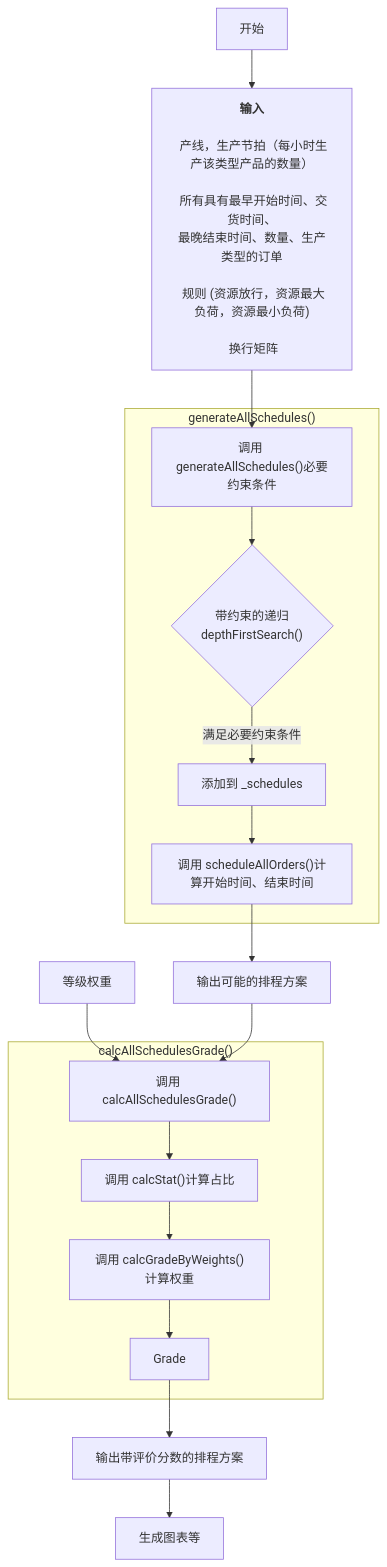
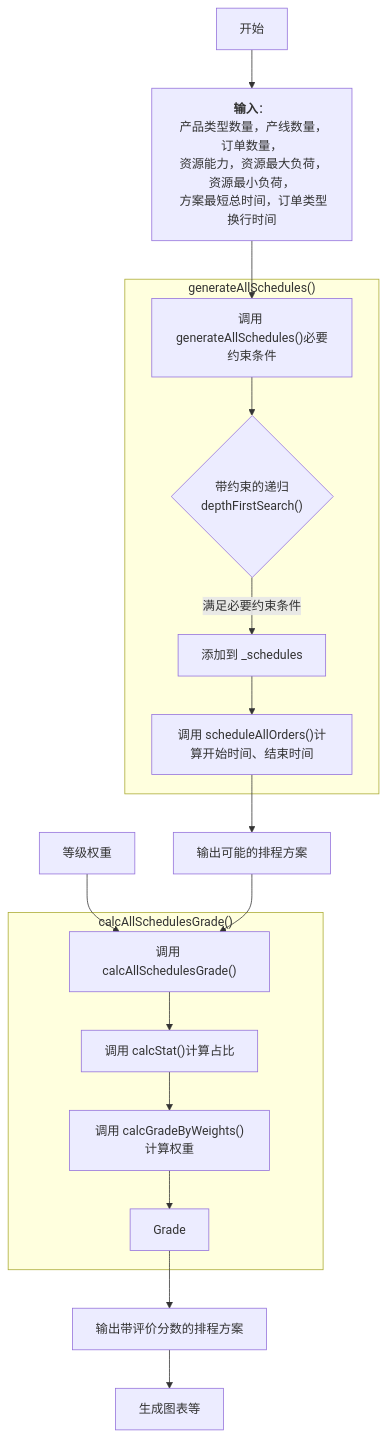
The second of 2 diagrams in README_CN.md (RPIFisherman/APS-app), drawn with Mermaid before and after one commit. The commit also changed 1 other file, not shown here.

Commit message:
edit notes

````diff
--- a/README_CN.md
+++ b/README_CN.md
@@ -143,25 +143,21 @@
 ```mermaid
 graph TD
-    A[开始] --> init["<strong>输入</strong>
-<br> 产线，生产节拍（每小时生产该类型产品的数量）
-<br> 所有具有最早开始时间、交货时间、<br>最晚结束时间、数量、生产类型的订单
-<br> 规则 (资源放行，资源最大负荷，资源最小负荷)
-<br> 换行矩阵"]
+    A[开始] --> init["<strong>输入</strong>：<br> 产品类型数量，产线数量，订单数量，<br> 资源能力，资源最大负荷，资源最小负荷，<br> 方案最短总时间，订单类型换行时间"]
 init --> generateAllSchedules["调用 generateAllSchedules()必要约束条件"]
 subgraph "generateAllSchedules()"
 generateAllSchedules --> depthFirstSearch{"带约束的递归<br>depthFirstSearch()"}
 depthFirstSearch -->|满足必要约束条件|C[添加到 _schedules]
 %%depthFirstSearch -->|不满足必要约束条件|depthFirstSearch
 C --> D["调用 scheduleAllOrders()计算开始时间、结束时间"]
 end
 D --> E[输出可能的排程方案]
 F[等级权重] --> calcAllSchedulesGrade
 E --> calcAllSchedulesGrade["调用 calcAllSchedulesGrade()"]
 subgraph "calcAllSchedulesGrade()"
 calcAllSchedulesGrade --> calcStat["调用 calcStat()计算占比"]
 calcStat --> calcGradeByWeights["调用 calcGradeByWeights()计算权重"]
 calcGradeByWeights --> Grade[Grade]
 end
 Grade --> G[输出带评价分数的排程方案]
 G --> H[生成图表等]
 ```
````
